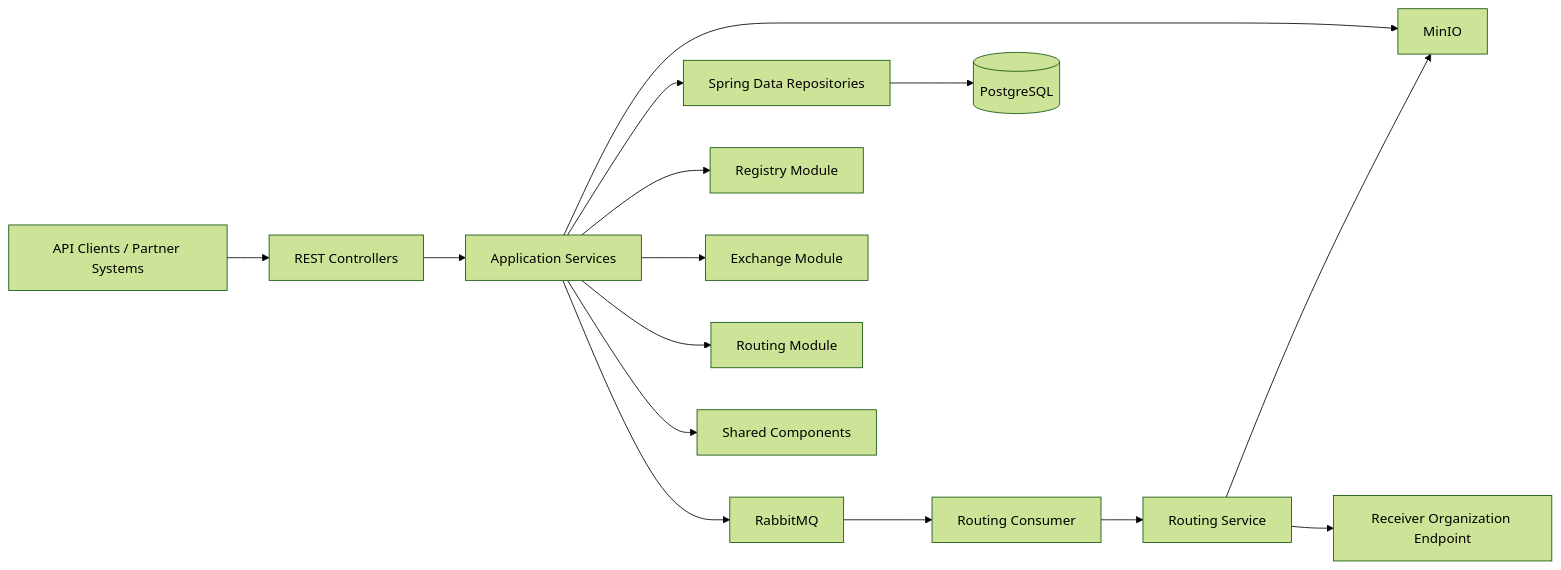
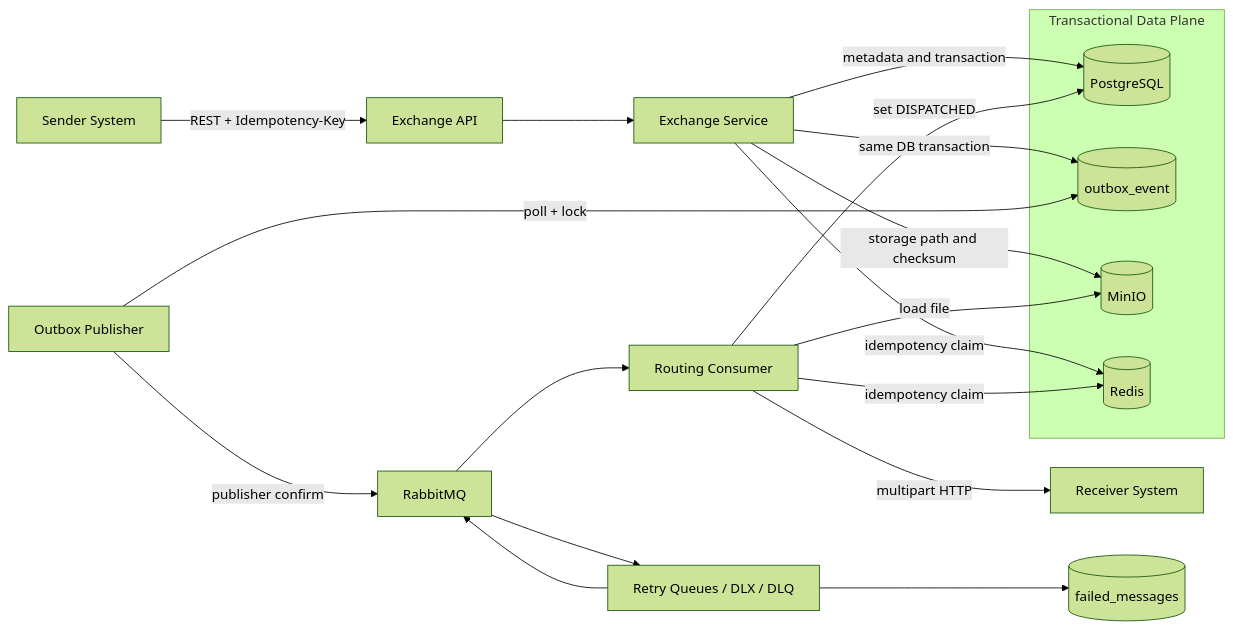
Before and after one commit to conglc-java-dev/HeThongTrucVanBan: the first of 4 diagrams in README.md, drawn with Mermaid (forest theme). The commit also changed other lines of this file and 16 other files, not shown here.

Commit message:
feat: add integration tests for Flyway migrations, Dead Letter Queue, and ApiKeyCacheService; update CI/CD configuration and dependencies

````diff
--- a/README.md
+++ b/README.md
@@ -49,17 +18,28 @@
 ```mermaid
 flowchart LR
-  Client[API Clients / Partner Systems] --> API[REST Controllers]
-  API --> Service[Application Services]
-  Service --> Repo[Spring Data Repositories]
-  Service --> Storage[MinIO]
-  Service --> MQ[RabbitMQ]
-  MQ --> Consumer[Routing Consumer]
-  Consumer --> Dispatch[Routing Service]
-  Dispatch --> Partner[Receiver Organization Endpoint]
-  Repo --> DB[(PostgreSQL)]
-  Dispatch --> Storage
-  Service --> Registry[Registry Module]
-  Service --> Exchange[Exchange Module]
-  Service --> Routing[Routing Module]
-  Service --> Shared[Shared Components]
+    Sender[Sender System] -->|REST + Idempotency-Key| API[Exchange API]
+    API --> Service[Exchange Service]
+
+    subgraph Data[Transactional Data Plane]
+        DB[(PostgreSQL)]
+        Outbox[(outbox_event)]
+        Object[(MinIO)]
+        Redis[(Redis)]
+    end
+
+    Service -->|metadata and transaction| DB
+    Service -->|same DB transaction| Outbox
+    Service -->|idempotency claim| Redis
+    Service -->|storage path and checksum| Object
+
+    Publisher[Outbox Publisher] -->|poll + lock| Outbox
+    Publisher -->|publisher confirm| Rabbit[RabbitMQ]
+    Rabbit --> Consumer[Routing Consumer]
+    Consumer -->|load file| Object
+    Consumer -->|idempotency claim| Redis
+    Consumer -->|multipart HTTP| Receiver[Receiver System]
+    Consumer -->|set DISPATCHED| DB
+    Rabbit --> Retry[Retry Queues / DLX / DLQ]
+    Retry --> Rabbit
+    Retry --> Failed[(failed_messages)]
 ```
````
